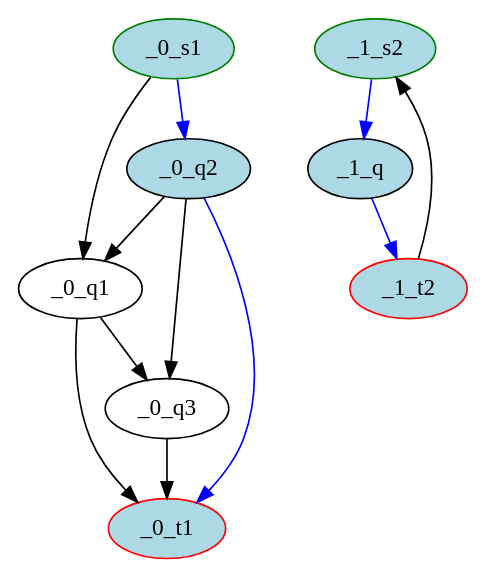
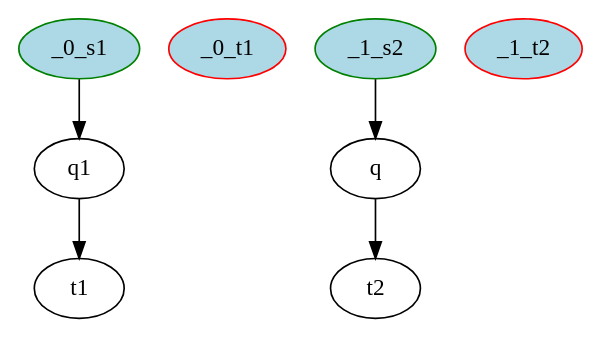
The diagram in assignment/sol/result-l2.dot (Demalios/CoCa), drawn with Graphviz before and after one commit. The commit also changed 2 other files, not shown here.

```diff
--- a/assignment/sol/result-l2.dot
+++ b/assignment/sol/result-l2.dot
@@ -1,21 +1,8 @@
-digraph Sol_Length2{
+digraph result{
 _0_s1 [initial=1,color=green][style=filled,fillcolor=lightblue];
 _0_t1 [final=1,color=red][style=filled,fillcolor=lightblue];
-_0_q1 ;
-_0_q2 [style=filled,fillcolor=lightblue];
-_0_q3 ;
-_0_s1 -> _0_q1 ;
-_0_s1 -> _0_q2 [color=blue];
-_0_q1 -> _0_t1 ;
-_0_q1 -> _0_q3 ;
-_0_q2 -> _0_t1 [color=blue];
-_0_q2 -> _0_q1 ;
-_0_q2 -> _0_q3 ;
-_0_q3 -> _0_t1 ;
+_0_s1 -> q1 -> t1;
 _1_s2 [initial=1,color=green][style=filled,fillcolor=lightblue];
 _1_t2 [final=1,color=red][style=filled,fillcolor=lightblue];
-_1_q [style=filled,fillcolor=lightblue];
-_1_s2 -> _1_q [color=blue];
-_1_t2 -> _1_s2 ;
-_1_q -> _1_t2 [color=blue];
+_1_s2 -> q -> t2;
 }
```
